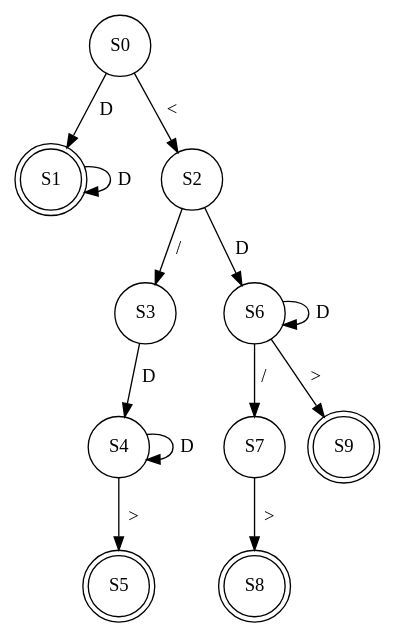
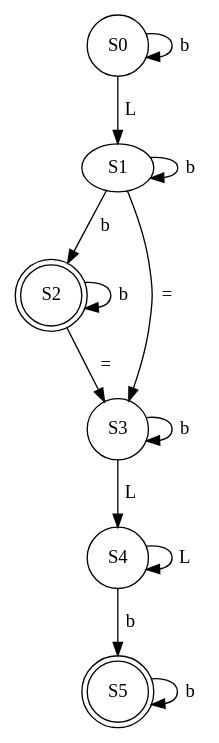
The diagram in dfa-graphs/DFA.gv (damianpeaf/LFP_Proyecto1_202110568-), drawn with Graphviz before and after one commit. The commit also changed 13 other files, not shown here.

```diff
--- a/dfa-graphs/DFA.gv
+++ b/dfa-graphs/DFA.gv
@@ -1,25 +1,20 @@
 // DFA :)
 digraph DFA {
 	S0 [label=S0 shape=circle]
-	S1 [label=S1 shape=doublecircle]
-	S2 [label=S2 shape=circle]
+	S2 [label=S2 shape=doublecircle]
 	S3 [label=S3 shape=circle]
 	S4 [label=S4 shape=circle]
 	S5 [label=S5 shape=doublecircle]
-	S6 [label=S6 shape=circle]
-	S7 [label=S7 shape=circle]
-	S8 [label=S8 shape=doublecircle]
-	S9 [label=S9 shape=doublecircle]
-	S0 -> S1 [label=" D "]
-	S1 -> S1 [label=" D "]
-	S0 -> S2 [label=" < "]
-	S2 -> S3 [label=" / "]
-	S3 -> S4 [label=" D "]
-	S4 -> S4 [label=" D "]
-	S4 -> S5 [label=" > "]
-	S2 -> S6 [label=" D "]
-	S6 -> S6 [label=" D "]
-	S6 -> S7 [label=" / "]
-	S7 -> S8 [label=" > "]
-	S6 -> S9 [label=" > "]
+	S0 -> S0 [label=" b "]
+	S0 -> S1 [label=" L "]
+	S1 -> S1 [label=" b "]
+	S1 -> S2 [label=" b "]
+	S2 -> S2 [label=" b "]
+	S1 -> S3 [label=" = "]
+	S2 -> S3 [label=" = "]
+	S3 -> S3 [label=" b "]
+	S3 -> S4 [label=" L "]
+	S4 -> S4 [label=" L "]
+	S4 -> S5 [label=" b "]
+	S5 -> S5 [label=" b "]
 }
```
